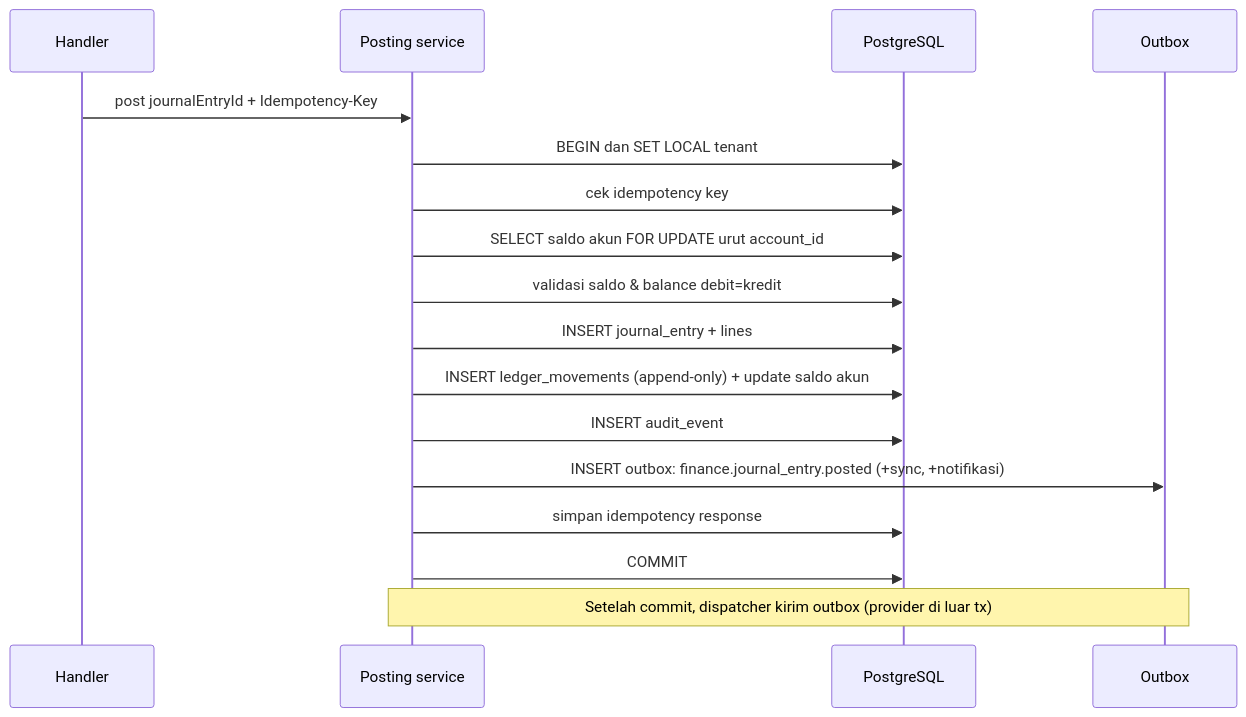
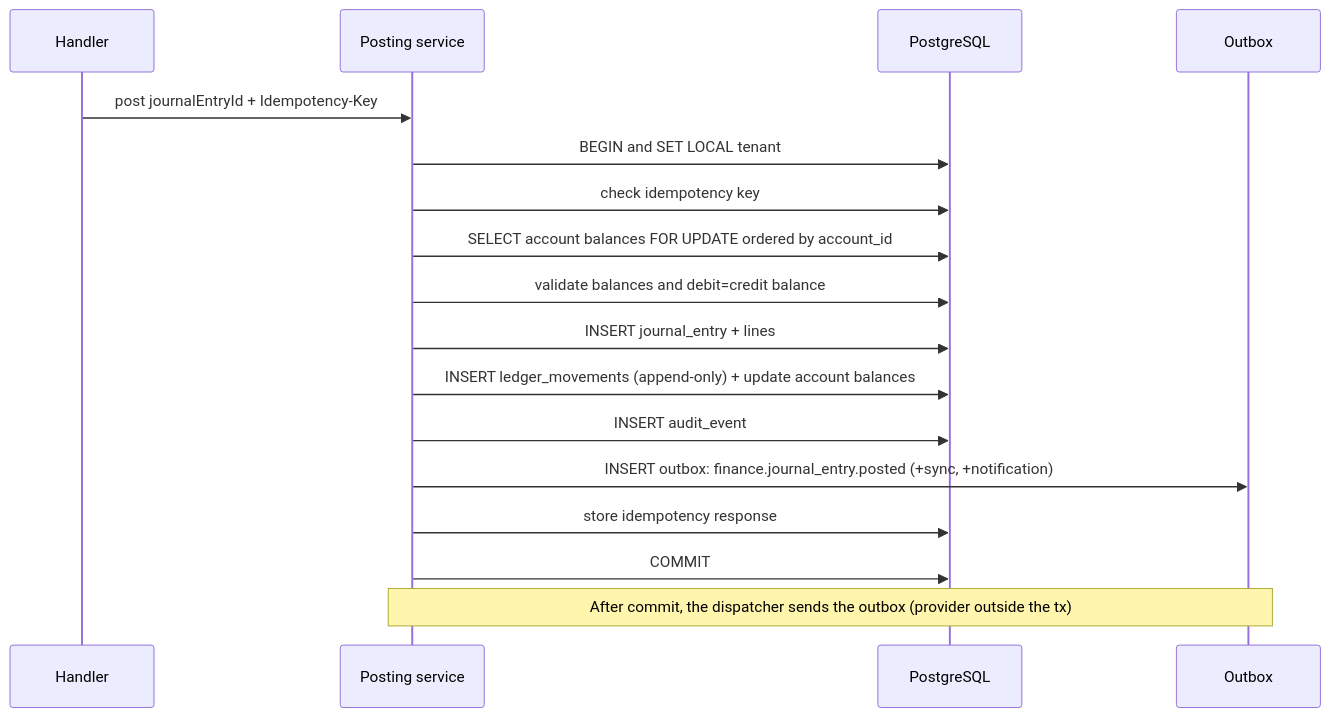
One commit to ahliweb/awcms changed the second of 5 diagrams in docs/awcms/16_backend_data_access_integration.md. Above: the diagram before and after it, drawn with Mermaid. The commit also changed other lines of this file and 603 other files, not shown here.

````diff
--- a/docs/awcms/16_backend_data_access_integration.md
+++ b/docs/awcms/16_backend_data_access_integration.md
@@ -121,19 +123,19 @@
 ```mermaid
 sequenceDiagram
   participant API as Handler
   participant Svc as Posting service
   participant DB as PostgreSQL
   participant OB as Outbox
   API->>Svc: post journalEntryId + Idempotency-Key
-  Svc->>DB: BEGIN dan SET LOCAL tenant
-  Svc->>DB: cek idempotency key
-  Svc->>DB: SELECT saldo akun FOR UPDATE urut account_id
-  Svc->>DB: validasi saldo & balance debit=kredit
+  Svc->>DB: BEGIN and SET LOCAL tenant
+  Svc->>DB: check idempotency key
+  Svc->>DB: SELECT account balances FOR UPDATE ordered by account_id
+  Svc->>DB: validate balances and debit=credit balance
   Svc->>DB: INSERT journal_entry + lines
-  Svc->>DB: INSERT ledger_movements (append-only) + update saldo akun
+  Svc->>DB: INSERT ledger_movements (append-only) + update account balances
   Svc->>DB: INSERT audit_event
-  Svc->>OB: INSERT outbox: finance.journal_entry.posted (+sync, +notifikasi)
-  Svc->>DB: simpan idempotency response
+  Svc->>OB: INSERT outbox: finance.journal_entry.posted (+sync, +notification)
+  Svc->>DB: store idempotency response
   Svc->>DB: COMMIT
-  Note over Svc,OB: Setelah commit, dispatcher kirim outbox (provider di luar tx)
+  Note over Svc,OB: After commit, the dispatcher sends the outbox (provider outside the tx)
 ```
````
